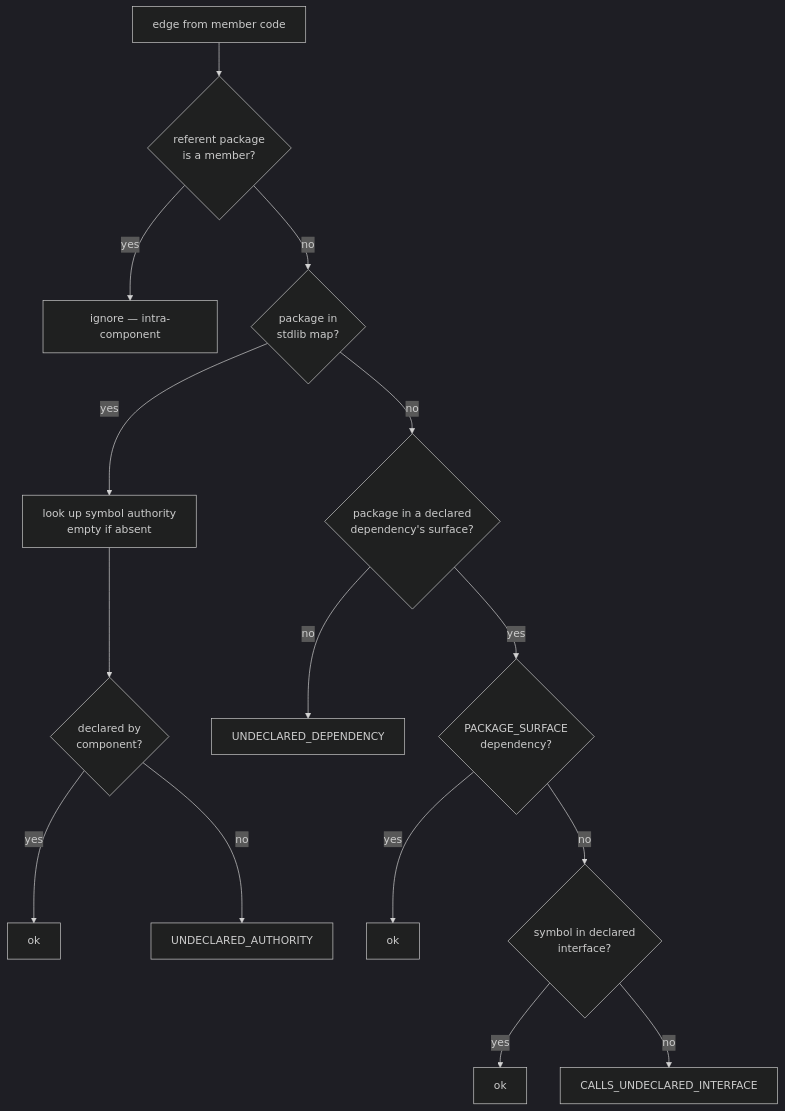
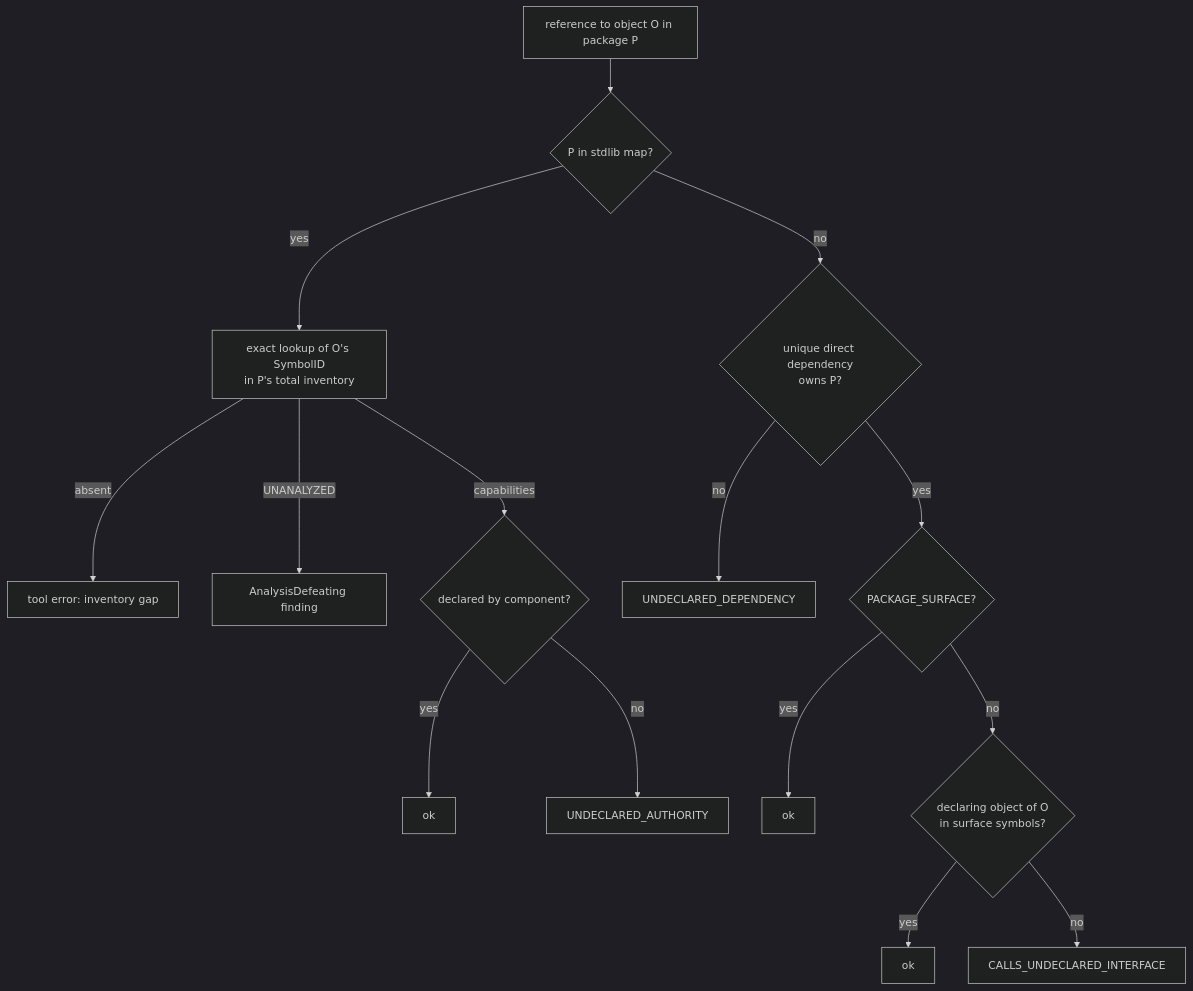
One commit to ono-sendai-labs/architectural-contracts changed the third of 4 diagrams in .agents/planning/2026-08-04-compositional-component-analysis/design/detailed-design.md. Above: the diagram before and after it, drawn with Mermaid (dark theme). The commit also changed other lines of this file and 6 other files, not shown here.

````diff
--- a/.agents/planning/2026-08-04-compositional-component-analysis/design/detailed-design.md
+++ b/.agents/planning/2026-08-04-compositional-component-analysis/design/detailed-design.md
@@ -150,17 +284,17 @@
 ```mermaid
 flowchart TD
-    E[edge from member code] --> M{referent package<br/>is a member?}
-    M -->|yes| OK1[ignore — intra-component]
-    M -->|no| S{package in<br/>stdlib map?}
-    S -->|yes| S1[look up symbol authority<br/>empty if absent]
-    S1 --> S2{declared by<br/>component?}
+    E[reference to object O in package P] --> S{P in stdlib map?}
+    S -->|yes| SM[exact lookup of O's SymbolID<br/>in P's total inventory]
+    SM -->|absent| TE[tool error: inventory gap]
+    SM -->|UNANALYZED| AD[AnalysisDefeating finding]
+    SM -->|capabilities| S2{declared by component?}
     S2 -->|yes| OK2[ok]
     S2 -->|no| V1[UNDECLARED_AUTHORITY]
-    S -->|no| D{package in a declared<br/>dependency's surface?}
+    S -->|no| D{unique direct dependency<br/>owns P?}
     D -->|no| V2[UNDECLARED_DEPENDENCY]
-    D -->|yes| D1{PACKAGE_SURFACE<br/>dependency?}
-    D1 -->|yes| OK3[ok]
-    D1 -->|no| D2{symbol in declared<br/>interface?}
-    D2 -->|yes| OK4[ok]
-    D2 -->|no| V3[CALLS_UNDECLARED_INTERFACE]
+    D -->|yes| PS{PACKAGE_SURFACE?}
+    PS -->|yes| OK3[ok]
+    PS -->|no| SYM{declaring object of O<br/>in surface symbols?}
+    SYM -->|yes| OK4[ok]
+    SYM -->|no| V3[CALLS_UNDECLARED_INTERFACE]
 ```
````
